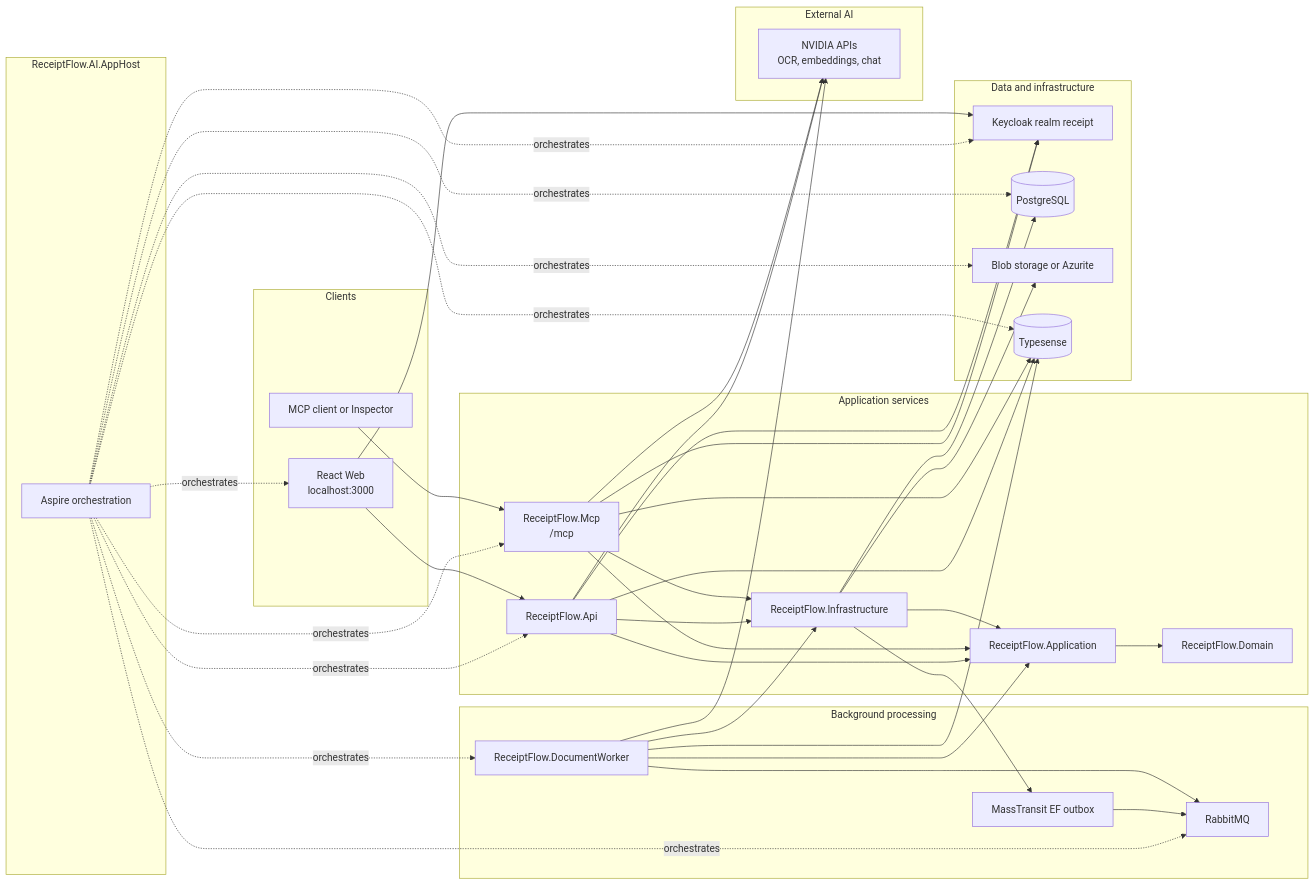
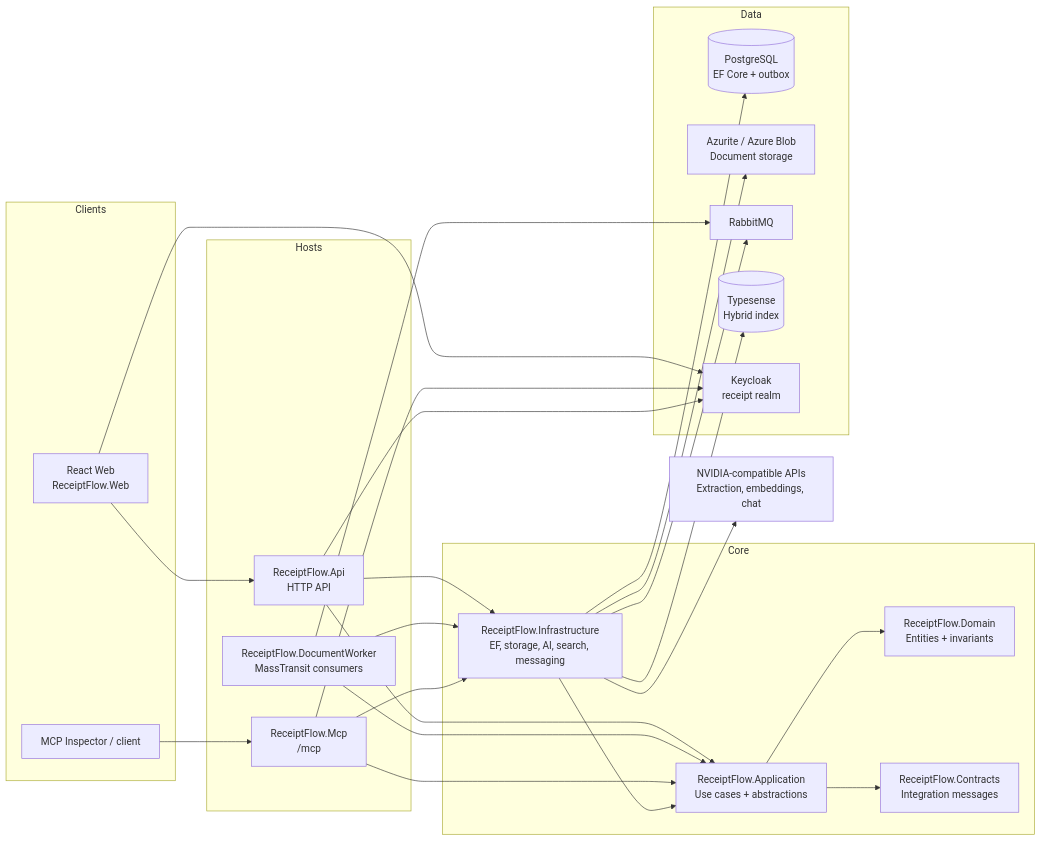
The first of 5 diagrams in README.md (tonycruz-dev/receiptflow-ai), drawn with Mermaid before and after one commit. The commit also changed other lines of this file and 4 other files, not shown here.

Commit message:
docs: add architecture setup and demo documentation

````diff
--- a/README.md
+++ b/README.md
@@ -48,71 +23,51 @@
 ```mermaid
 flowchart LR
   subgraph Clients
-    Web["React Web<br/>localhost:3000"]
-    MClient[MCP client or Inspector]
+    Web["React Web<br/>ReceiptFlow.Web"]
+    McpClient["MCP Inspector / client"]
   end
 
-  subgraph Aspire[ReceiptFlow.AI.AppHost]
-    AppHost[Aspire orchestration]
+  subgraph Hosts
+    Api["ReceiptFlow.Api<br/>HTTP API"]
+    Worker["ReceiptFlow.DocumentWorker<br/>MassTransit consumers"]
+    Mcp["ReceiptFlow.Mcp<br/>/mcp"]
   end
 
-  subgraph Services[Application services]
-    Api[ReceiptFlow.Api]
-    Mcp["ReceiptFlow.Mcp<br/>/mcp"]
-    Application[ReceiptFlow.Application]
-    Domain[ReceiptFlow.Domain]
-    Infrastructure[ReceiptFlow.Infrastructure]
+  subgraph Core
+    Application["ReceiptFlow.Application<br/>Use cases + abstractions"]
+    Domain["ReceiptFlow.Domain<br/>Entities + invariants"]
+    Contracts["ReceiptFlow.Contracts<br/>Integration messages"]
+    Infrastructure["ReceiptFlow.Infrastructure<br/>EF, storage, AI, search, messaging"]
   end
 
-  subgraph Processing[Background processing]
-    Worker[ReceiptFlow.DocumentWorker]
-    MassTransit[MassTransit EF outbox]
-    RabbitMQ[RabbitMQ]
+  subgraph Data
+    Postgres[("PostgreSQL<br/>EF Core + outbox")]
+    Blob["Azurite / Azure Blob<br/>Document storage"]
+    RabbitMQ["RabbitMQ"]
+    Typesense[("Typesense<br/>Hybrid index")]
+    Keycloak["Keycloak<br/>receipt realm"]
   end
 
-  subgraph Data[Data and infrastructure]
-    Keycloak[Keycloak realm receipt]
-    Postgres[(PostgreSQL)]
-    Blob[Blob storage or Azurite]
-    Typesense[(Typesense)]
-  end
-
-  subgraph AI[External AI]
-    Nvidia["NVIDIA APIs<br/>OCR, embeddings, chat"]
-  end
-
-  AppHost -.orchestrates.-> Web
-  AppHost -.orchestrates.-> Api
-  AppHost -.orchestrates.-> Worker
-  AppHost -.orchestrates.-> Mcp
-  AppHost -.orchestrates.-> Keycloak
-  AppHost -.orchestrates.-> Postgres
-  AppHost -.orchestrates.-> Blob
-  AppHost -.orchestrates.-> RabbitMQ
-  AppHost -.orchestrates.-> Typesense
+  Nvidia["NVIDIA-compatible APIs<br/>Extraction, embeddings, chat"]
 
   Web --> Keycloak
   Web --> Api
-  MClient --> Mcp
+  McpClient --> Mcp
   Mcp --> Keycloak
   Api --> Keycloak
   Api --> Application
+  Worker --> Application
   Mcp --> Application
-  Worker --> Application
   Application --> Domain
+  Application --> Contracts
   Infrastructure --> Application
   Api --> Infrastructure
   Worker --> Infrastructure
   Mcp --> Infrastructure
   Infrastructure --> Postgres
   Infrastructure --> Blob
-  Infrastructure --> MassTransit
-  MassTransit --> RabbitMQ
+  Infrastructure --> RabbitMQ
+  Infrastructure --> Typesense
+  Infrastructure --> Nvidia
   Worker --> RabbitMQ
-  Worker --> Nvidia
-  Worker --> Typesense
-  Api --> Nvidia
-  Api --> Typesense
-  Mcp --> Nvidia
-  Mcp --> Typesense
 ```
````
